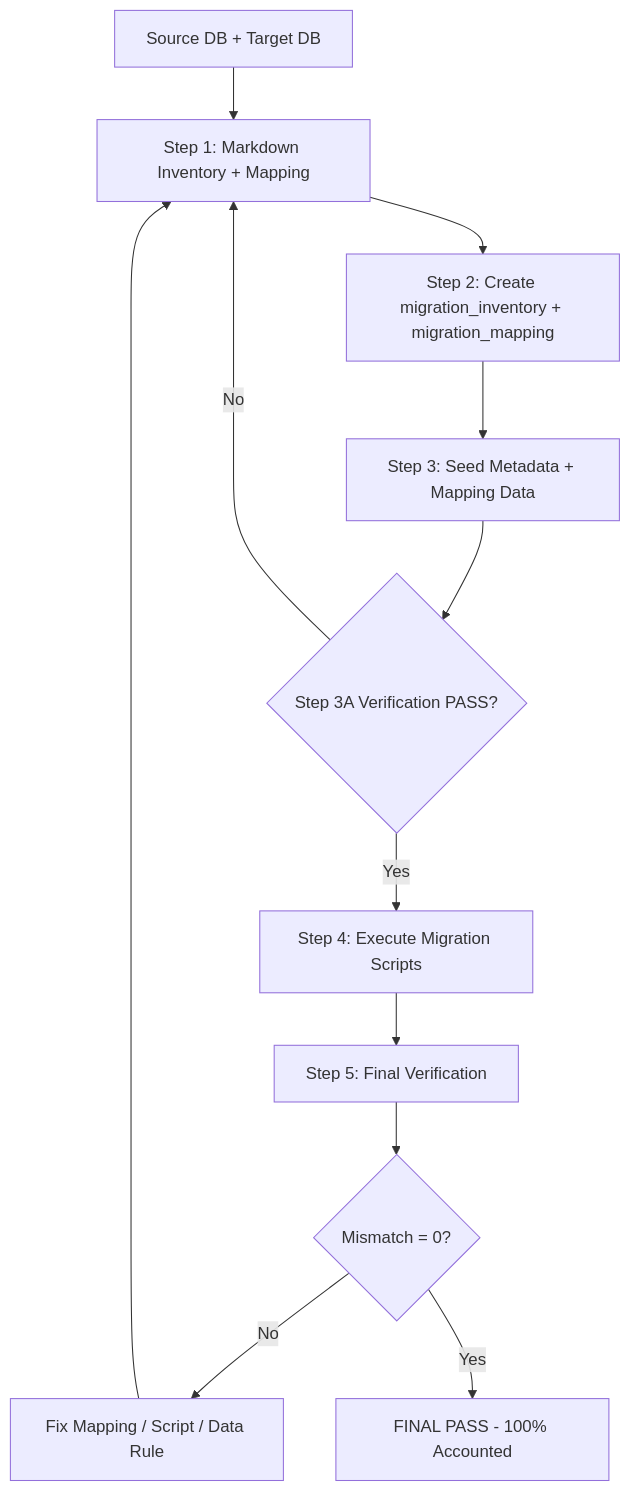
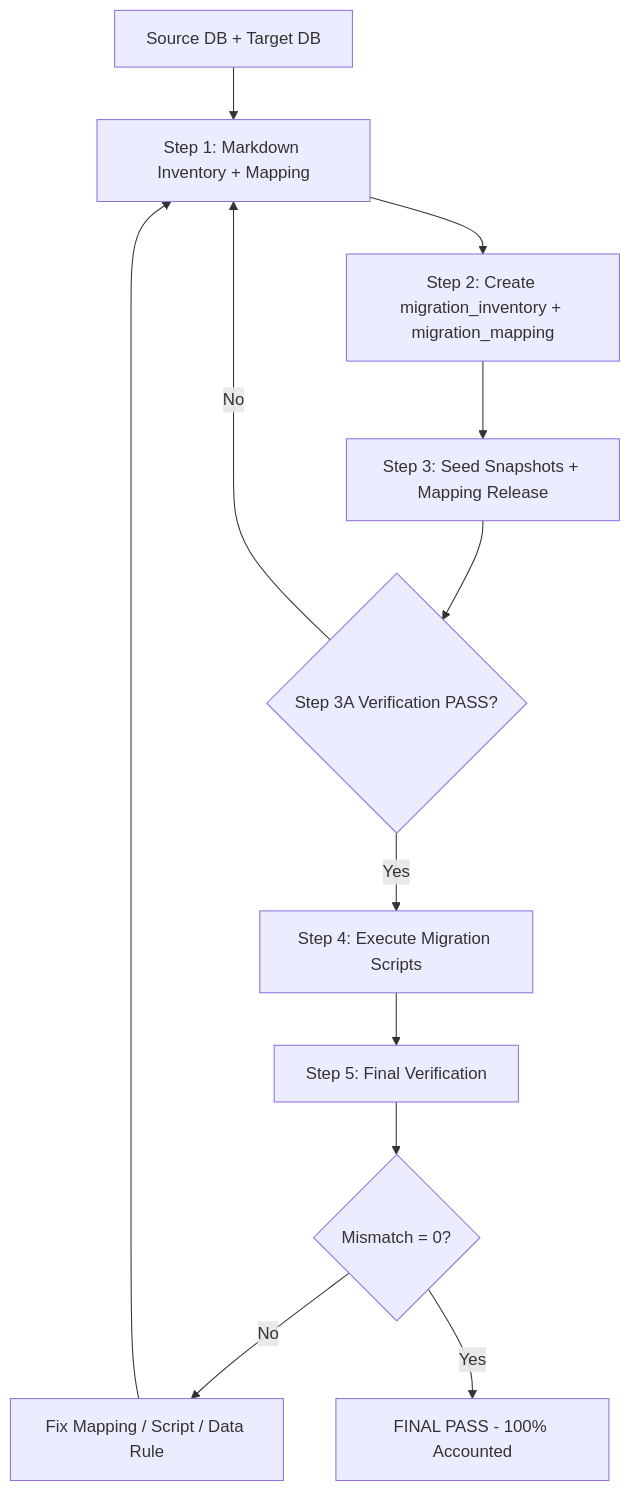
One commit to duyduyly/php-notebook changed the third of 3 diagrams in docs/joomla/learning/database/migration/tutorial/migration-workflow.md. Above: the diagram before and after it, drawn with Mermaid. The commit also changed other lines of this file, not shown here.

````diff
--- a/docs/joomla/learning/database/migration/tutorial/migration-workflow.md
+++ b/docs/joomla/learning/database/migration/tutorial/migration-workflow.md
@@ -984,20 +1289,20 @@
 ```mermaid
 flowchart TD
     A[Source DB + Target DB]
     --> B[Step 1: Markdown Inventory + Mapping]
 
     B --> C[Step 2: Create migration_inventory + migration_mapping]
-    C --> D[Step 3: Seed Metadata + Mapping Data]
+    C --> D[Step 3: Seed Snapshots + Mapping Release]
     D --> E{Step 3A Verification PASS?}
 
     E -->|No| B
     E -->|Yes| F[Step 4: Execute Migration Scripts]
 
     F --> G[Step 5: Final Verification]
     G --> H{Mismatch = 0?}
 
     H -->|No| I[Fix Mapping / Script / Data Rule]
     I --> B
 
     H -->|Yes| J[FINAL PASS - 100% Accounted]
 ```
````
